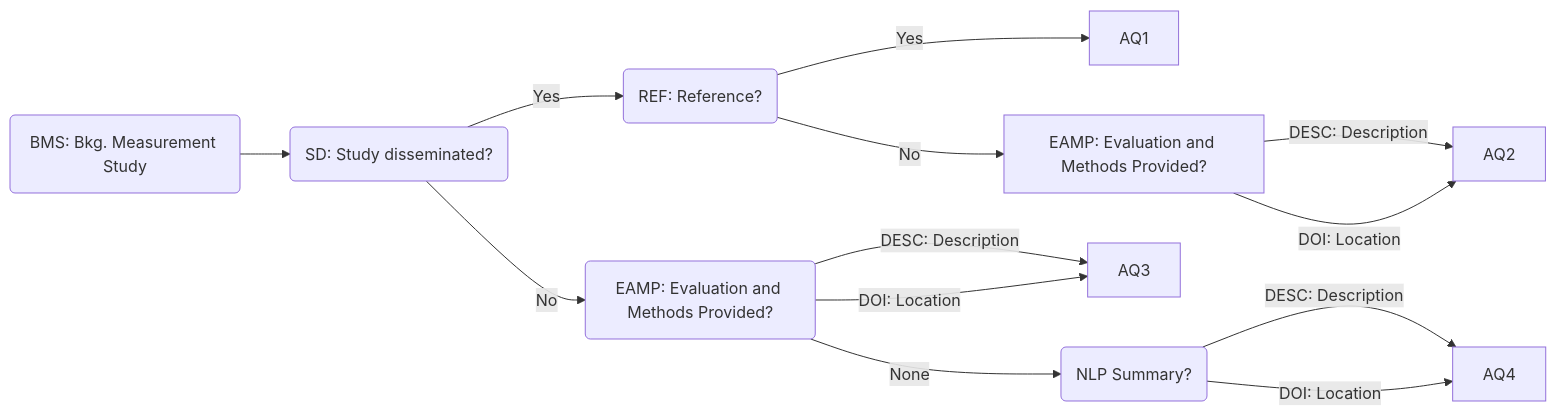
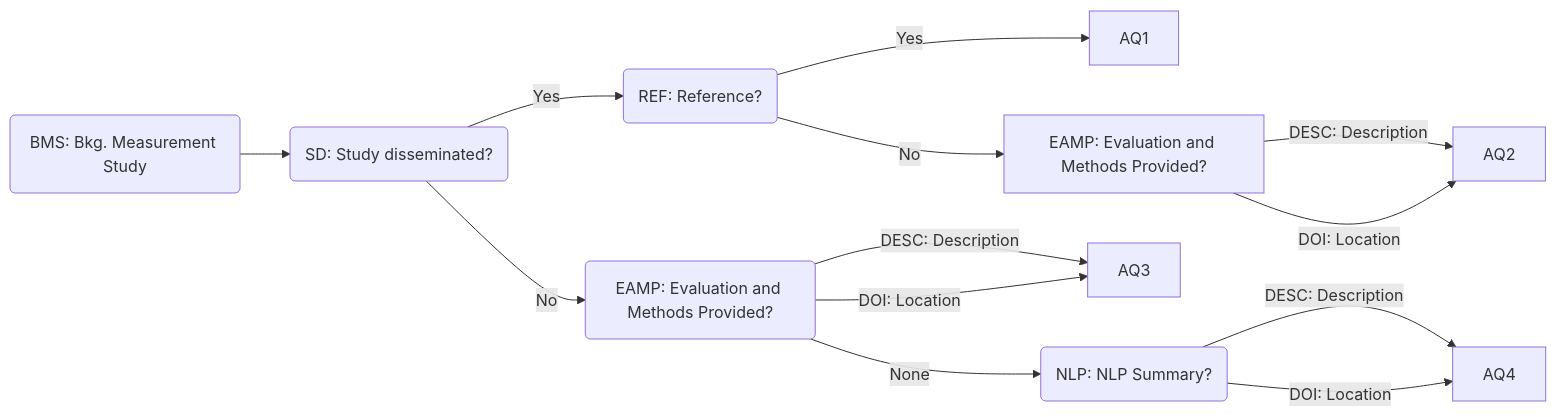
The diagram in README.md (jacobmpeters/NLPReportingMethodologyApp), drawn with Mermaid before and after one commit.

````diff
--- a/README.md
+++ b/README.md
@@ -17,16 +17,16 @@
 ```mermaid
 flowchart LR
     BMS(BMS: Bkg. Measurement Study) --> SD
 
     SD(SD: Study disseminated?) -- Yes --> REF(REF: Reference?);
     REF -- Yes --> AQ1
     REF -- No --> EM[EAMP: Evaluation and Methods Provided?] 
     EM -- DESC: Description --> AQ2
     EM -- DOI: Location --> AQ2
     SD -- No --> EM2(EAMP: Evaluation and Methods Provided?) 
     EM2 -- DESC: Description --> AQ3
     EM2 -- DOI: Location --> AQ3
-    EM2 -- None --> NLPS(NLP Summary?)
+    EM2 -- None --> NLPS(NLP: NLP Summary?)
     NLPS -- DESC: Description --> AQ4
     NLPS -- DOI: Location --> AQ4
 ```
````
